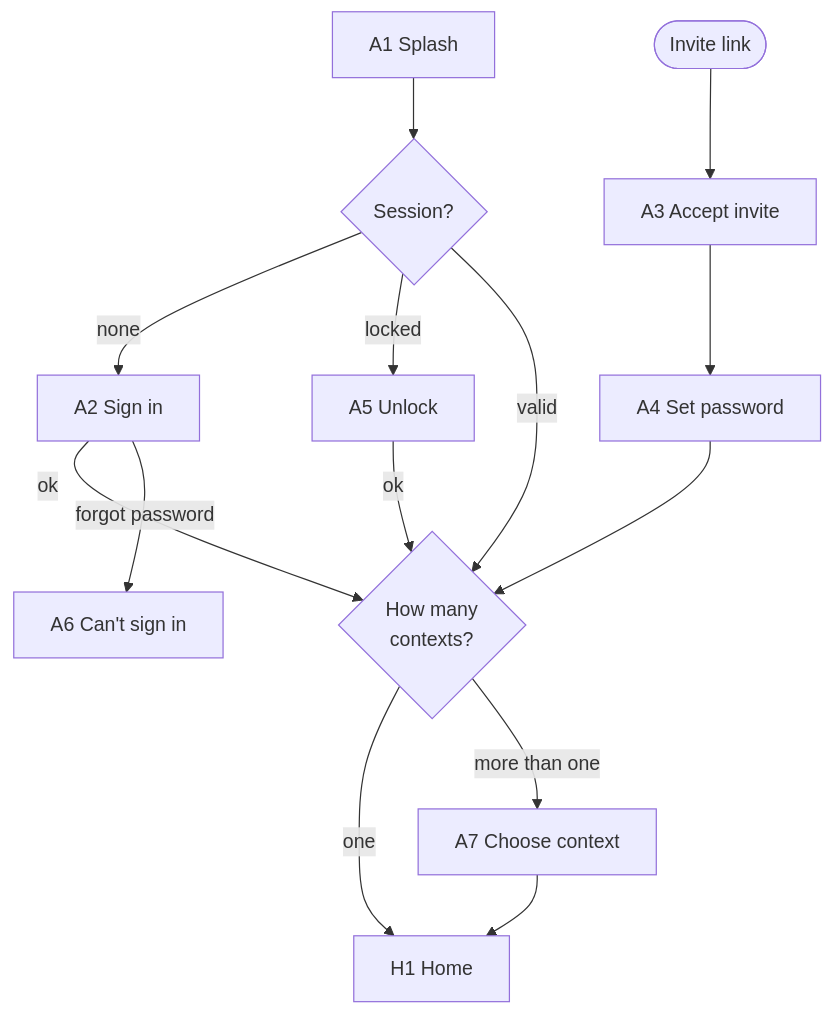
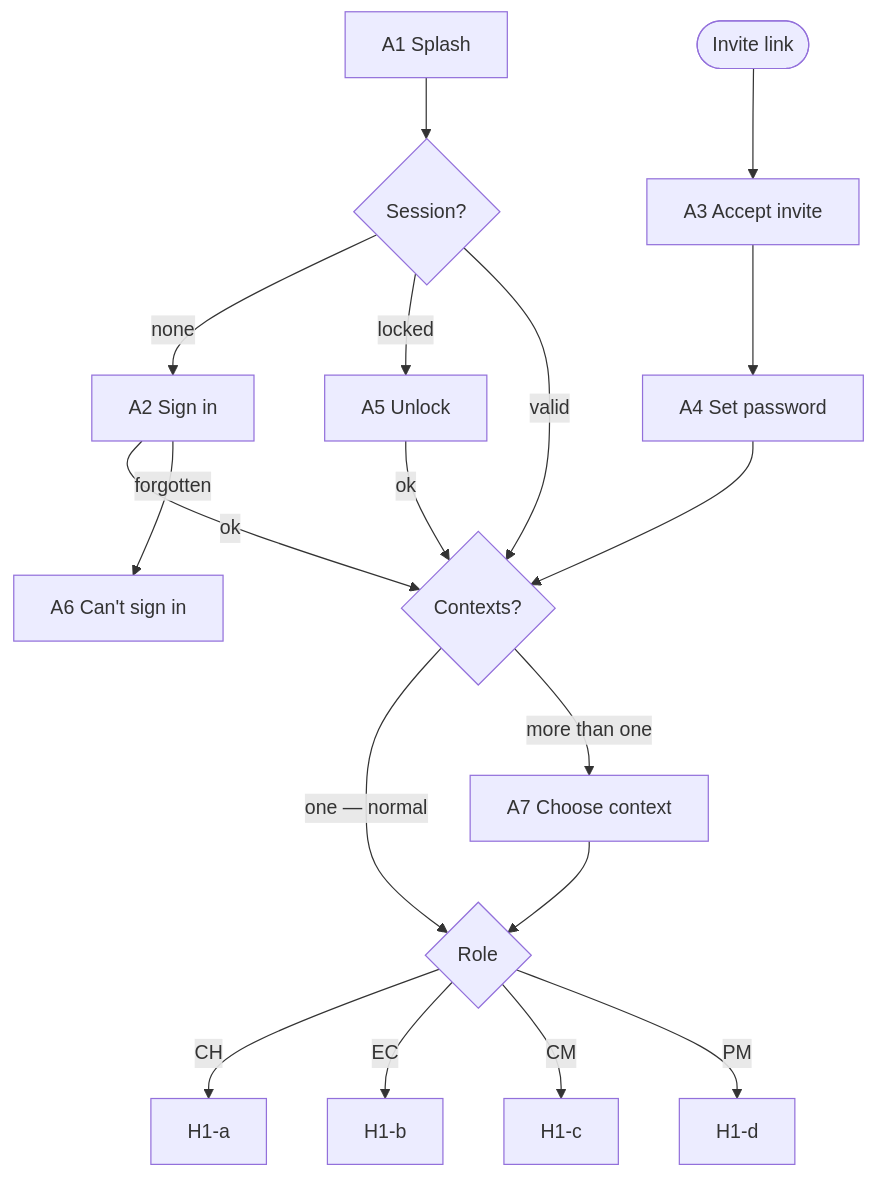
The third of 10 diagrams in docs/Screens-and-flows.md (yr08ii/card-management-app), drawn with Mermaid before and after one commit. The commit also changed other lines of this file and 1 other file, not shown here.

````diff
--- a/docs/Screens-and-flows.md
+++ b/docs/Screens-and-flows.md
@@ -136,13 +256,17 @@
 ```mermaid
 flowchart TD
     A1["A1 Splash"] --> Q{"Session?"}
     Q -->|none| A2["A2 Sign in"]
-    Q -->|"locked"| A5["A5 Unlock"]
-    Q -->|"valid"| N{"How many<br/>contexts?"}
-    A2 -->|ok| N
-    A5 -->|ok| N
-    N -->|one| H1["H1 Home"]
-    N -->|"more than one"| A7["A7 Choose context"] --> H1
-    A2 -->|"forgot password"| A6["A6 Can't sign in"]
-    Deep(["Invite link"]) --> A3["A3 Accept invite"] --> A4["A4 Set password"] --> N
+    Q -->|locked| A5["A5 Unlock"]
+    Q -->|valid| R{"Contexts?"}
+    A2 -->|ok| R
+    A5 -->|ok| R
+    R -->|"one — normal"| Role{"Role"}
+    R -->|"more than one"| A7["A7 Choose context"] --> Role
+    Role -->|CH| Ha["H1-a"]
+    Role -->|EC| Hb["H1-b"]
+    Role -->|CM| Hc["H1-c"]
+    Role -->|PM| Hd["H1-d"]
+    A2 -->|forgotten| A6["A6 Can't sign in"]
+    D(["Invite link"]) --> A3["A3 Accept invite"] --> A4["A4 Set password"] --> R
 ```
````
